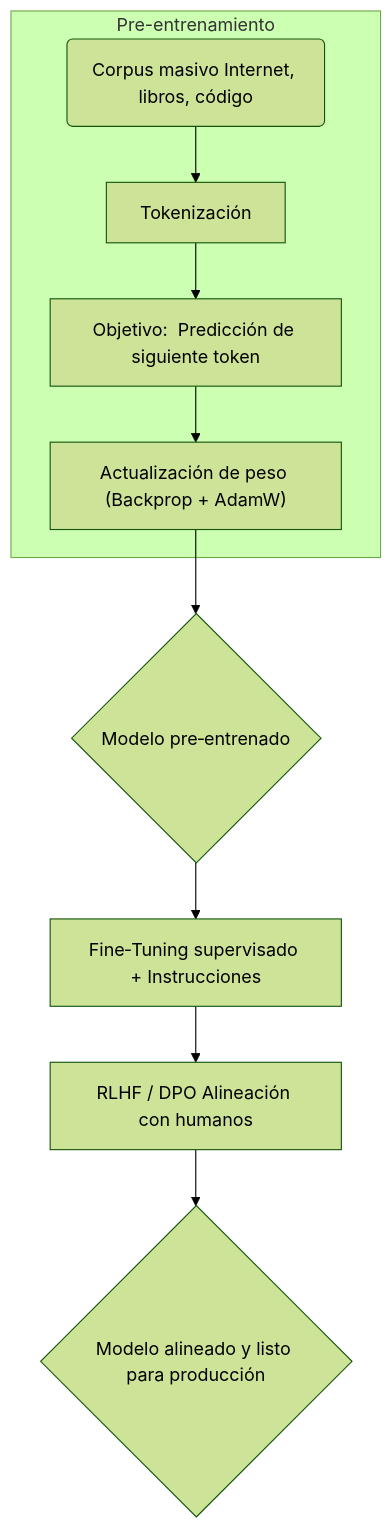
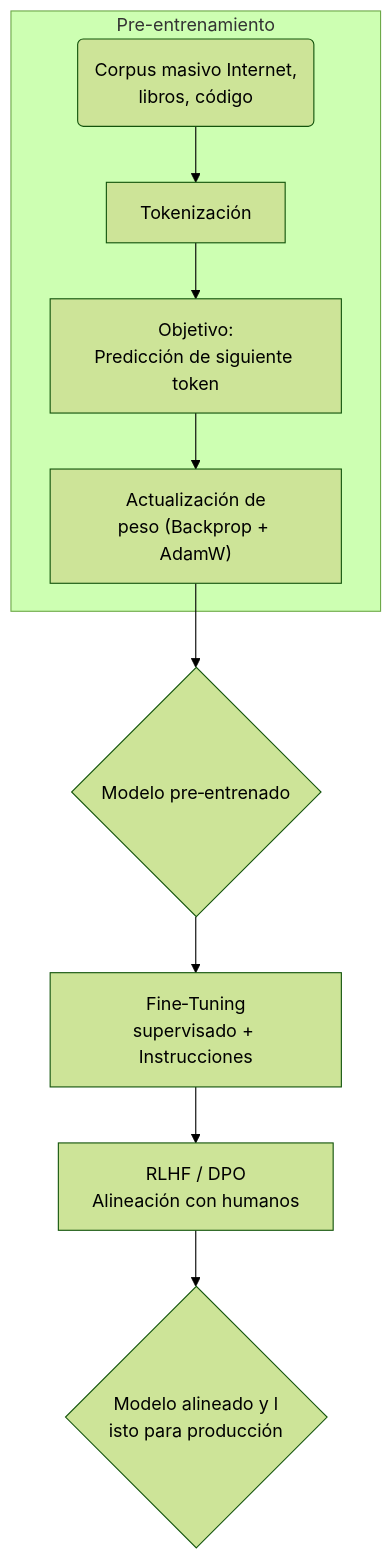
Before and after one commit to infosails/clase-bk: the third of 5 diagrams in docs/llms.md, drawn with Mermaid (forest theme). The commit also changed other lines of this file, not shown here.

````diff
--- a/docs/llms.md
+++ b/docs/llms.md
@@ -77,12 +81,18 @@
 ```mermaid
 flowchart TD
   subgraph Pre-entrenamiento
-    A1(Corpus masivo Internet, libros, código) --> A2[Tokenización]
-    A2 --> A3[Objetivo:  Predicción de siguiente token]
-    A3 --> A4["Actualización de peso (Backprop + AdamW)"]
+    A1(Corpus masivo Internet,
+libros, código) --> A2[Tokenización]
+    A2 --> A3[Objetivo:
+Predicción de siguiente token]
+    A3 --> A4["Actualización de
+peso (Backprop + AdamW)"]
   end
   A4 --> B1{Modelo pre‑entrenado}
-  B1 --> C1[Fine‑Tuning supervisado + Instrucciones]
-  C1 --> C2[RLHF / DPO Alineación con humanos]
-  C2 --> D1{Modelo alineado y listo para producción}
+  B1 --> C1[Fine‑Tuning
+supervisado + Instrucciones]
+  C1 --> C2[RLHF / DPO
+Alineación con humanos]
+  C2 --> D1{Modelo alineado y l
+isto para producción}
 ```
````
